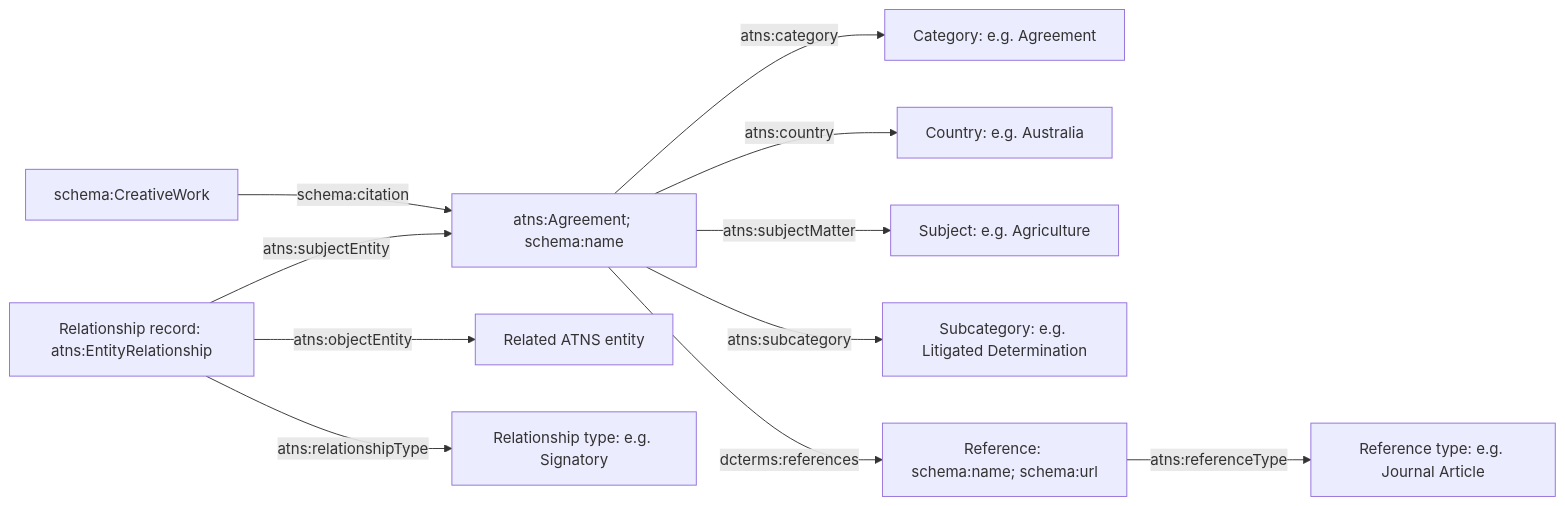
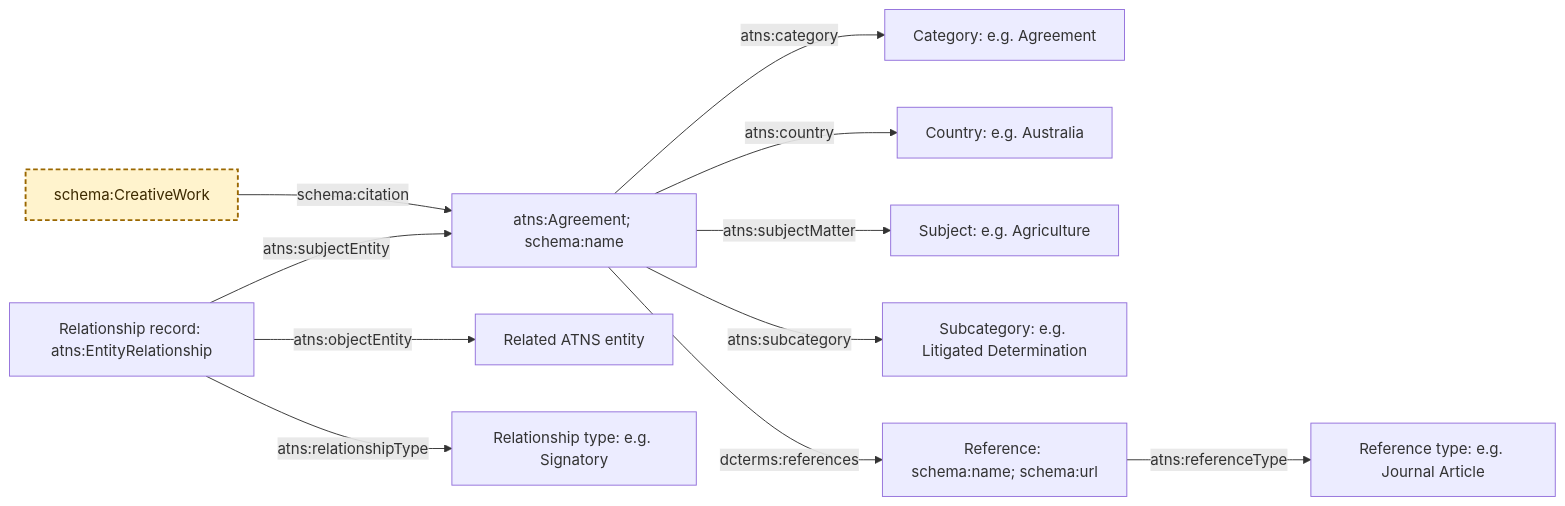
One commit to idn-au/atns-preservation changed the diagram in README.md. Above: the diagram before and after it, drawn with Mermaid. The commit also changed other lines of this file, not shown here.

Commit message:
Distinguish external resources in model diagram

````diff
--- a/README.md
+++ b/README.md
@@ -12,31 +13,34 @@
 ```mermaid
 flowchart LR
     work["schema:CreativeWork"]
     agreement["atns:Agreement; schema:name"]
 
     category["Category: e.g. Agreement"]
     country["Country: e.g. Australia"]
     subject["Subject: e.g. Agriculture"]
     subcategory["Subcategory: e.g. Litigated Determination"]
 
     reference["Reference: schema:name; schema:url"]
     referenceType["Reference type: e.g. Journal Article"]
 
     relationship["Relationship record: atns:EntityRelationship"]
     relatedEntity["Related ATNS entity"]
     relationshipType["Relationship type: e.g. Signatory"]
 
     work -->|schema:citation| agreement
 
     agreement -->|atns:category| category
     agreement -->|atns:country| country
     agreement -->|atns:subjectMatter| subject
     agreement -->|atns:subcategory| subcategory
 
     agreement -->|dcterms:references| reference
     reference -->|atns:referenceType| referenceType
 
     relationship -->|atns:subjectEntity| agreement
     relationship -->|atns:objectEntity| relatedEntity
     relationship -->|atns:relationshipType| relationshipType
+
+    classDef external fill:#fff3cd,stroke:#9a6700,color:#3d2a00,stroke-width:2px,stroke-dasharray:5 3
+    class work external
 ```
````
